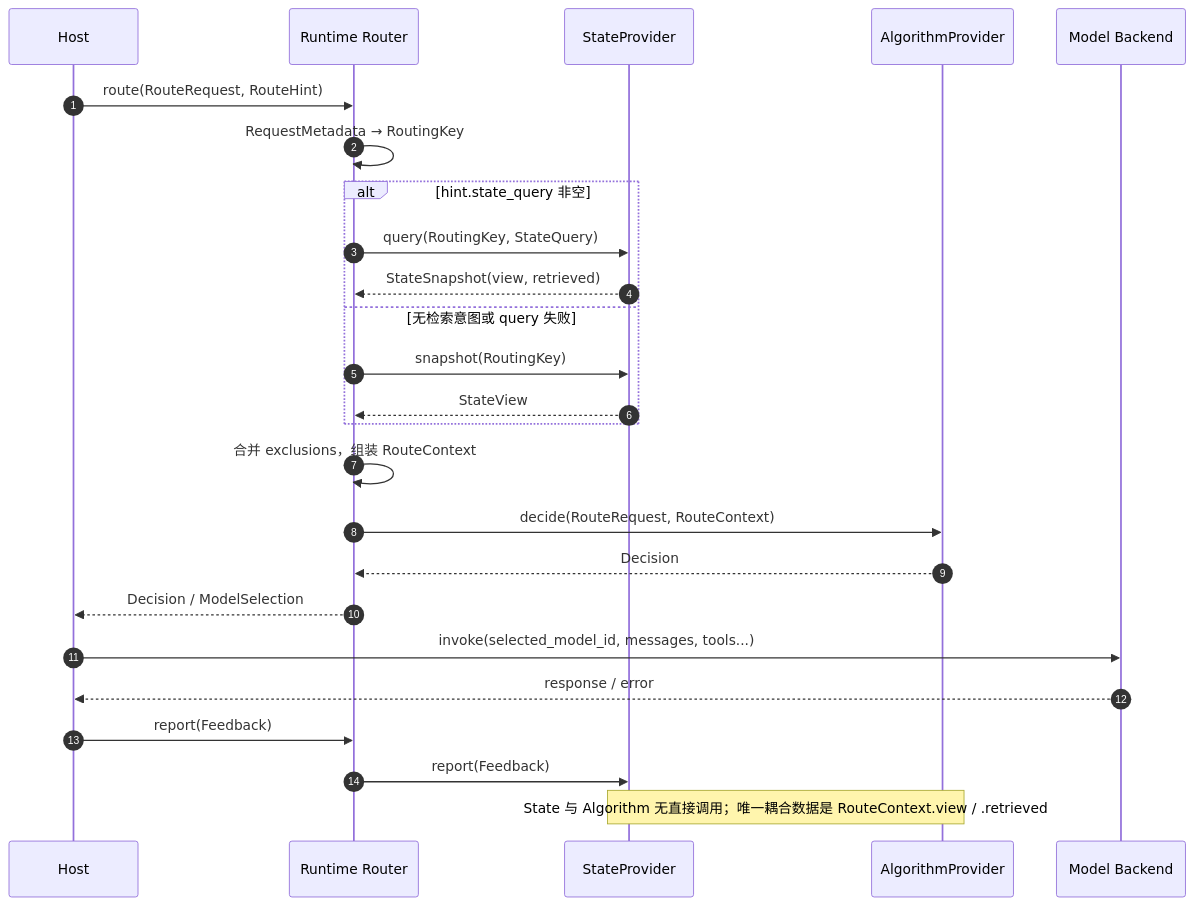
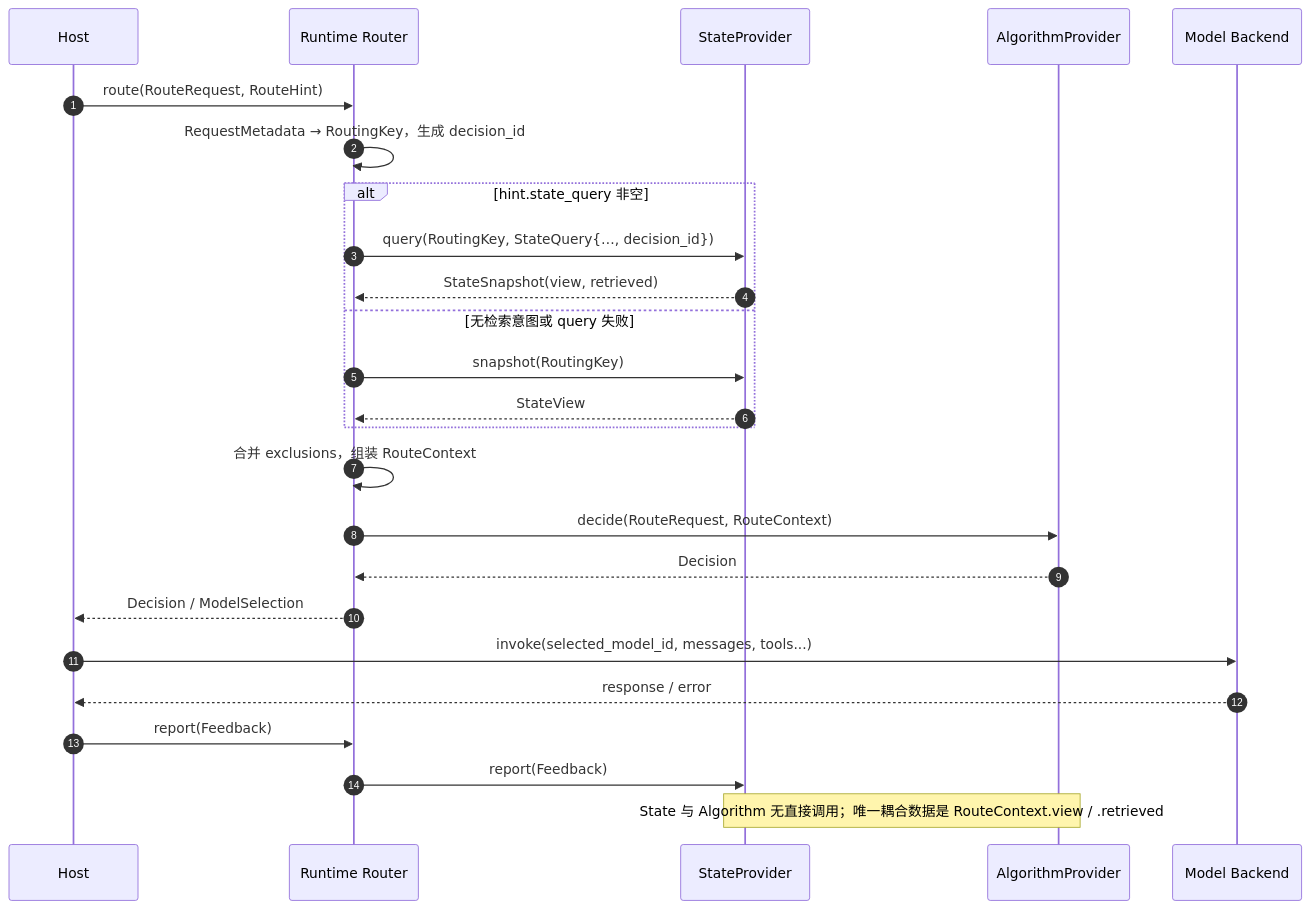
The second of 3 diagrams in docs/zh/architecture.md (openJiuwen-ai/model-router), drawn with Mermaid before and after one commit. The commit also changed other lines of this file and 25 other files, not shown here.

````diff
--- a/docs/zh/architecture.md
+++ b/docs/zh/architecture.md
@@ -131,28 +131,28 @@
 ```mermaid
 sequenceDiagram
     autonumber
     participant H as Host
     participant R as Runtime Router
     participant S as StateProvider
     participant A as AlgorithmProvider
     participant M as Model Backend
 
     H->>R: route(RouteRequest, RouteHint)
-    R->>R: RequestMetadata → RoutingKey
+    R->>R: RequestMetadata → RoutingKey，生成 decision_id
     alt hint.state_query 非空
-        R->>S: query(RoutingKey, StateQuery)
+        R->>S: query(RoutingKey, StateQuery{…, decision_id})
         S-->>R: StateSnapshot(view, retrieved)
     else 无检索意图或 query 失败
         R->>S: snapshot(RoutingKey)
         S-->>R: StateView
     end
     R->>R: 合并 exclusions，组装 RouteContext
     R->>A: decide(RouteRequest, RouteContext)
     A-->>R: Decision
     R-->>H: Decision / ModelSelection
     H->>M: invoke(selected_model_id, messages, tools...)
     M-->>H: response / error
     H->>R: report(Feedback)
     R->>S: report(Feedback)
     Note over S,A: State 与 Algorithm 无直接调用；唯一耦合数据是 RouteContext.view / .retrieved
 ```
````
